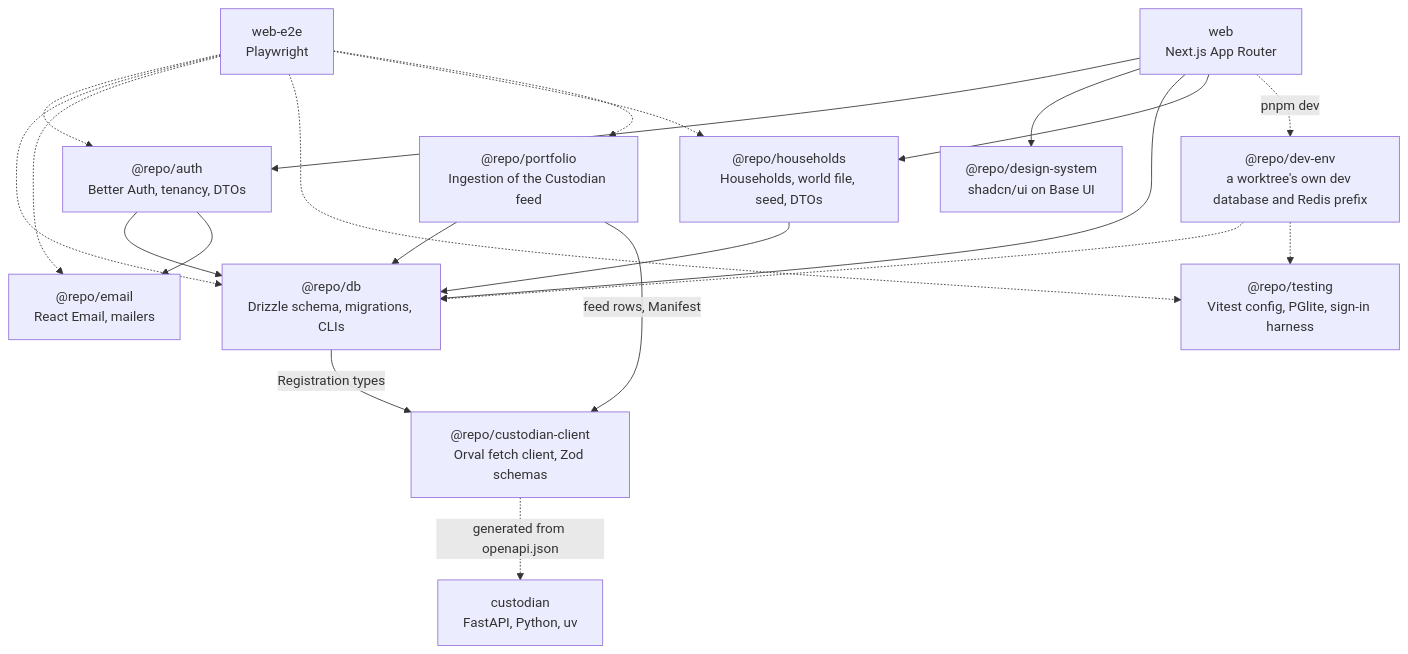
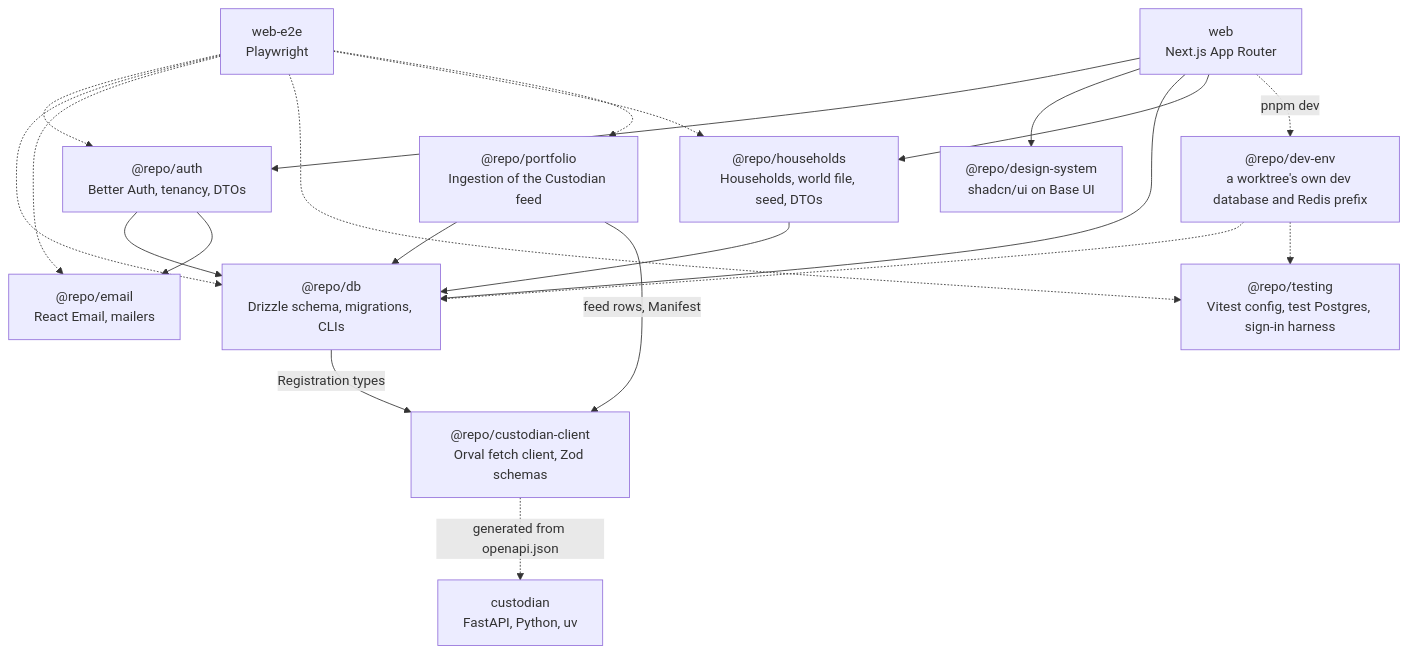
The diagram in docs/diagrams/packages.mmd (m0t0r/cognitive-wealth), drawn with Mermaid before and after one commit. The commit also changed 46 other files, not shown here.

First line of the commit message:
test: run every TypeScript integration test on real Postgres, one server per root run (#83)

```diff
--- a/docs/diagrams/packages.mmd
+++ b/docs/diagrams/packages.mmd
@@ -1,37 +1,37 @@
 flowchart TB
   web["web<br/>Next.js App Router"]
   e2e["web-e2e<br/>Playwright"]
   auth["@repo/auth<br/>Better Auth, tenancy, DTOs"]
   ds["@repo/design-system<br/>shadcn/ui on Base UI"]
   db["@repo/db<br/>Drizzle schema, migrations, CLIs"]
   email["@repo/email<br/>React Email, mailers"]
   households["@repo/households<br/>Households, world file, seed, DTOs"]
   portfolio["@repo/portfolio<br/>Ingestion of the Custodian feed"]
-  testing["@repo/testing<br/>Vitest config, PGlite, sign-in harness"]
+  testing["@repo/testing<br/>Vitest config, test Postgres, sign-in harness"]
   devenv["@repo/dev-env<br/>a worktree's own dev database and Redis prefix"]
   custodian["custodian<br/>FastAPI, Python, uv"]
   client["@repo/custodian-client<br/>Orval fetch client, Zod schemas"]
 
   web --> auth
   web --> ds
   web --> db
   web --> households
   auth --> db
   auth --> email
   households --> db
   portfolio --> db
   portfolio -->|"feed rows, Manifest"| client
   db -->|"Registration types"| client
 
   e2e -.-> auth
   e2e -.-> db
   e2e -.-> email
   e2e -.-> testing
   e2e -.-> households
   e2e -.-> portfolio
 
   web -.->|"pnpm dev"| devenv
   devenv -.-> db
   devenv -.-> testing
 
   client -.->|"generated from openapi.json"| custodian
```
